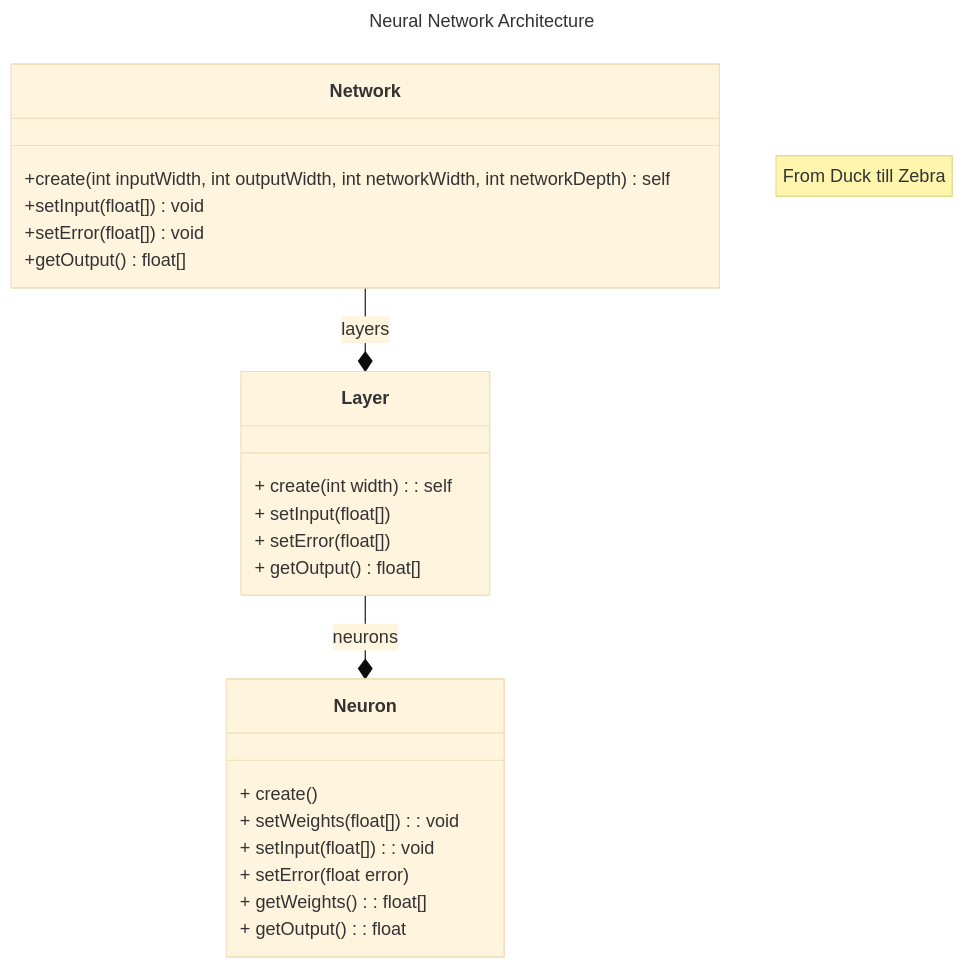
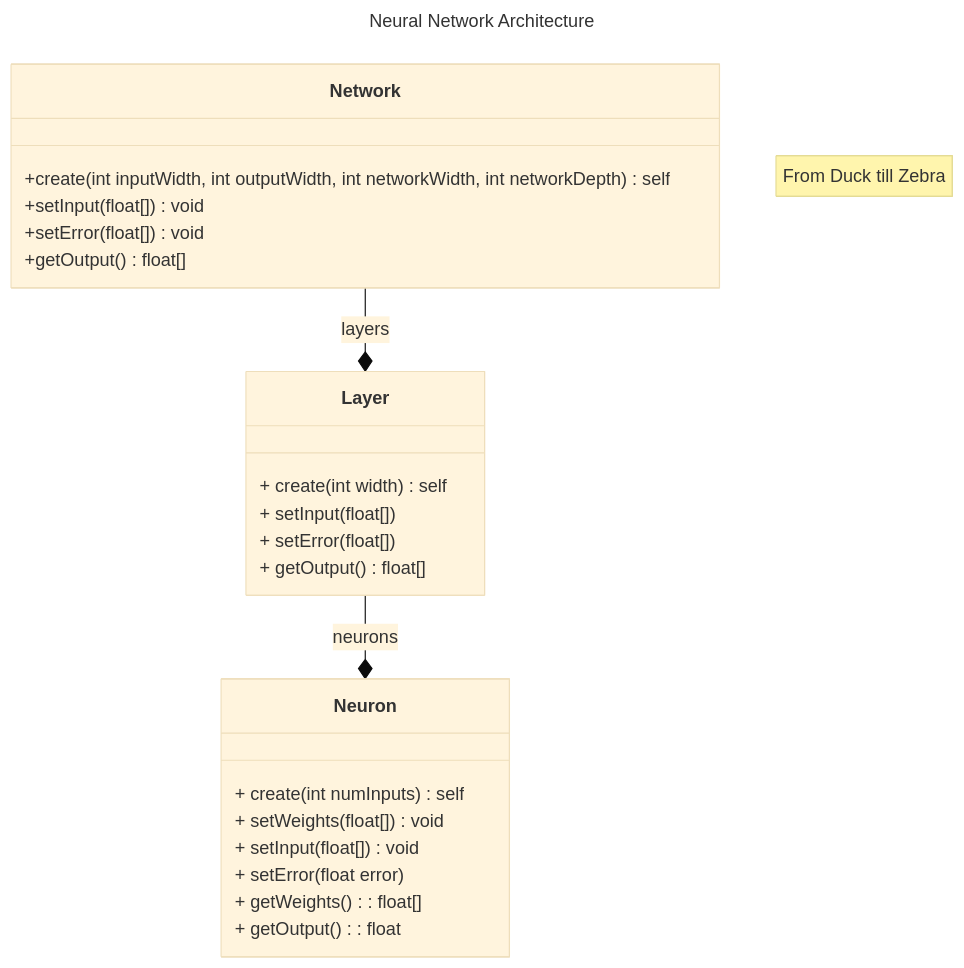
Before and after one commit to mficzel/NeuralNetworkPlayground: the diagram in Readme.md, drawn with Mermaid (base theme).

````diff
--- a/Readme.md
+++ b/Readme.md
@@ -1,33 +1,33 @@
 ```mermaid
 ---
 title: Neural Network Architecture
 ---
 classDiagram
   note "From Duck till Zebra"
 
   class Network {
      +create(int inputWidth, int outputWidth, int networkWidth, int networkDepth) self
      +setInput(float[]) void
      +setError(float[]) void
      +getOutput() float[]
   }
 
   class Layer {
-     + create(int width): self
+     + create(int width) self
      + setInput(float[])
      + setError(float[])
      + getOutput() float[]
   }
 
   class Neuron {
-     + create()
-     + setWeights(float[]): void
-     + setInput(float[]): void
+     + create(int numInputs) self
+     + setWeights(float[]) void
+     + setInput(float[]) void
      + setError(float error)
      + getWeights(): float[]
      + getOutput(): float
   }
 
   Network --* Layer : layers
   Layer --* Neuron : neurons
 ```
````
